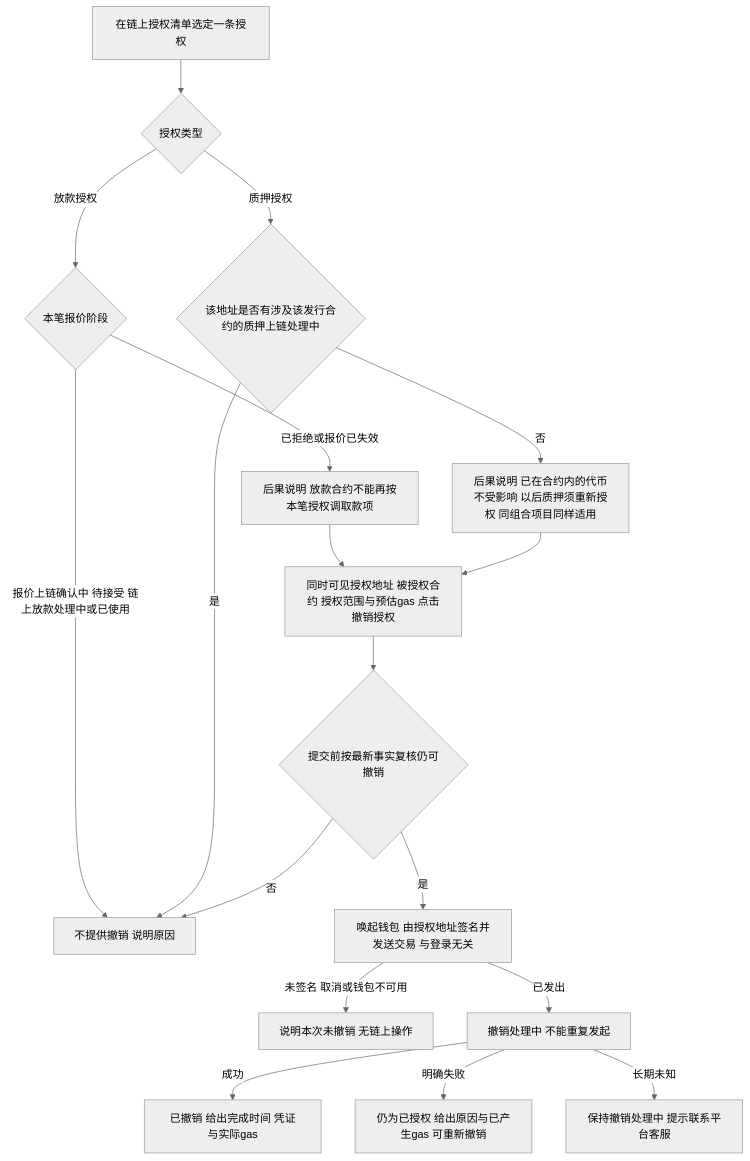
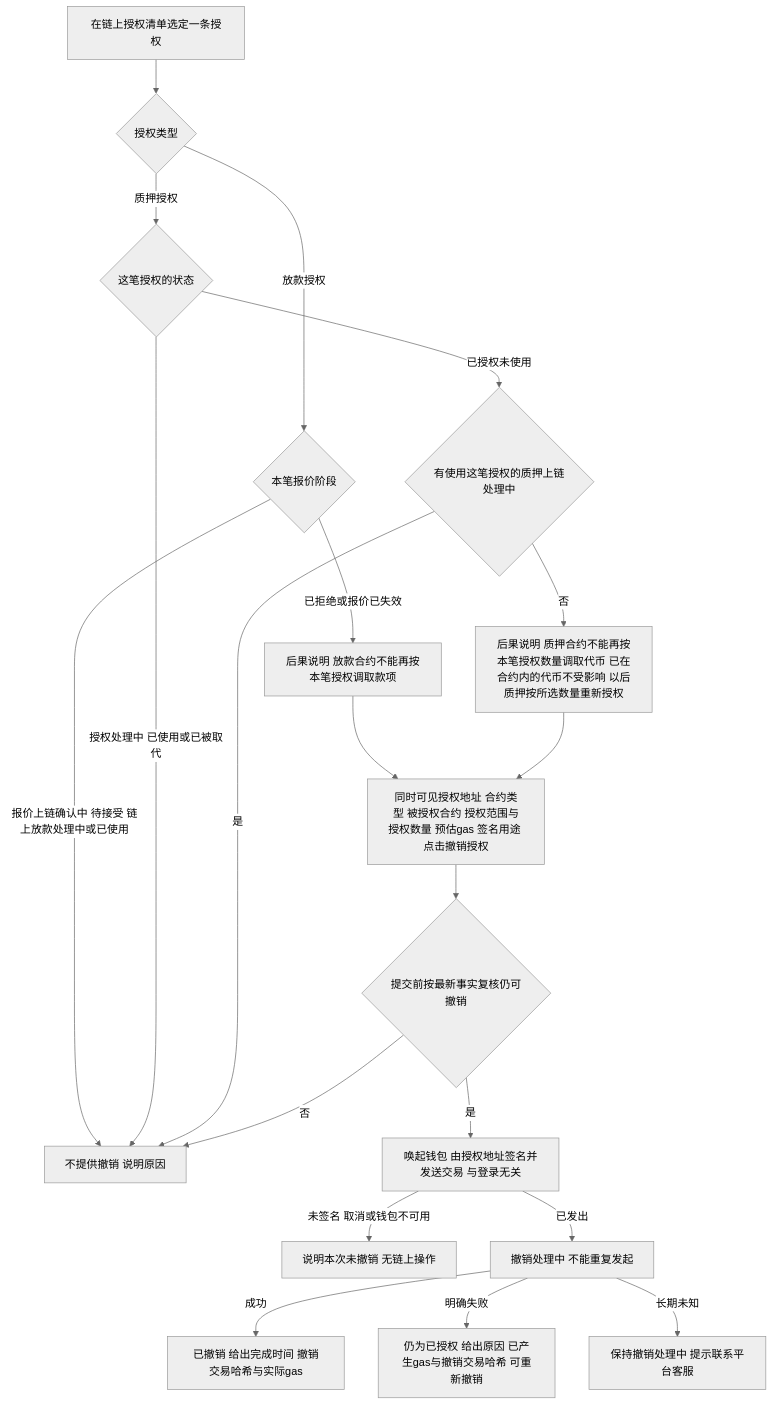
One commit to wxblockchain/Chain-Financing changed diagram 13 of 15 in lending-platform/PRD/面客端/09-我的控制台/02-我的控制台-流程图与状态机.md. Above: the diagram before and after it, drawn with Mermaid (neutral theme). The commit also changed other lines of this file and 49 other files, not shown here.

````diff
--- a/lending-platform/PRD/面客端/09-我的控制台/02-我的控制台-流程图与状态机.md
+++ b/lending-platform/PRD/面客端/09-我的控制台/02-我的控制台-流程图与状态机.md
@@ -366,20 +363,22 @@
 ```mermaid
 flowchart TD
   A[在链上授权清单选定一条授权] --> B{授权类型}
   B -- 放款授权 --> C{本笔报价阶段}
   C -- 报价上链确认中 待接受 链上放款处理中或已使用 --> X[不提供撤销 说明原因]
   C -- 已拒绝或报价已失效 --> D2[后果说明 放款合约不能再按本笔授权调取款项]
-  B -- 质押授权 --> P{该地址是否有涉及该发行合约的质押上链处理中}
-  P -- 是 --> X
-  P -- 否 --> D3[后果说明 已在合约内的代币不受影响 以后质押须重新授权 同组合项目同样适用]
-  D2 --> E[同时可见授权地址 被授权合约 授权范围与预估gas 点击撤销授权]
+  B -- 质押授权 --> P{这笔授权的状态}
+  P -- 授权处理中 已使用或已被取代 --> X
+  P -- 已授权未使用 --> P2{有使用这笔授权的质押上链处理中}
+  P2 -- 是 --> X
+  P2 -- 否 --> D3[后果说明 质押合约不能再按本笔授权数量调取代币 已在合约内的代币不受影响 以后质押按所选数量重新授权]
+  D2 --> E[同时可见授权地址 合约类型 被授权合约 授权范围与授权数量 预估gas 签名用途 点击撤销授权]
   D3 --> E
   E --> F{提交前按最新事实复核仍可撤销}
   F -- 否 --> X
   F -- 是 --> G[唤起钱包 由授权地址签名并发送交易 与登录无关]
   G -- 未签名 取消或钱包不可用 --> H[说明本次未撤销 无链上操作]
   G -- 已发出 --> I[撤销处理中 不能重复发起]
-  I -- 成功 --> J[已撤销 给出完成时间 凭证与实际gas]
-  I -- 明确失败 --> K[仍为已授权 给出原因与已产生gas 可重新撤销]
+  I -- 成功 --> J[已撤销 给出完成时间 撤销交易哈希与实际gas]
+  I -- 明确失败 --> K[仍为已授权 给出原因 已产生gas与撤销交易哈希 可重新撤销]
   I -- 长期未知 --> L[保持撤销处理中 提示联系平台客服]
 ```
````
